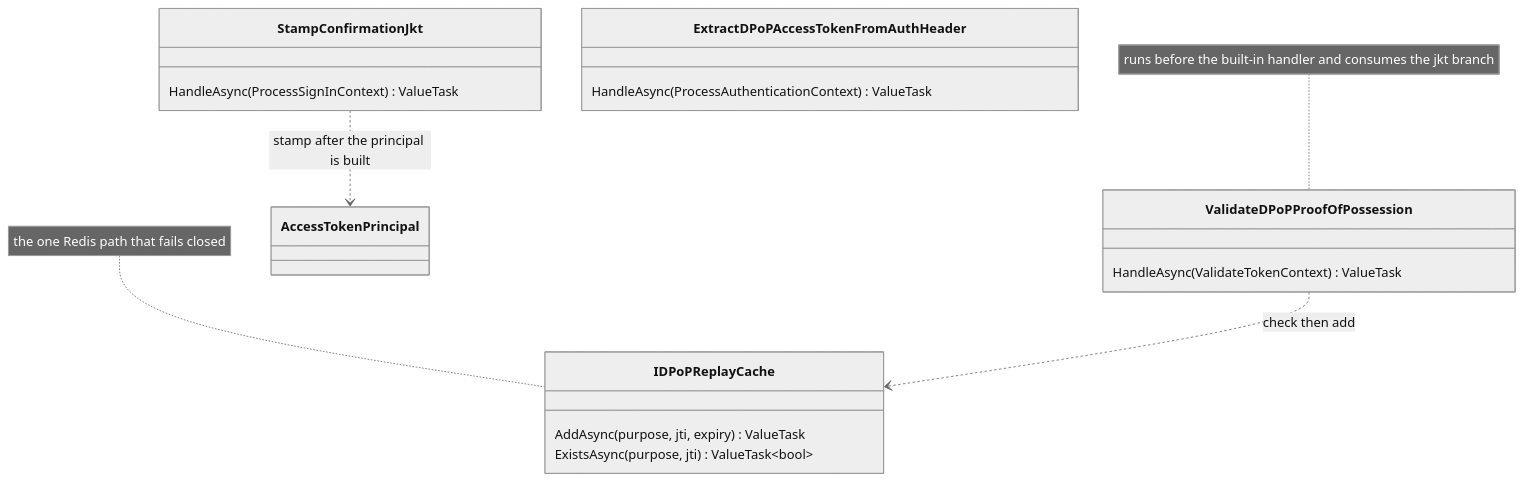
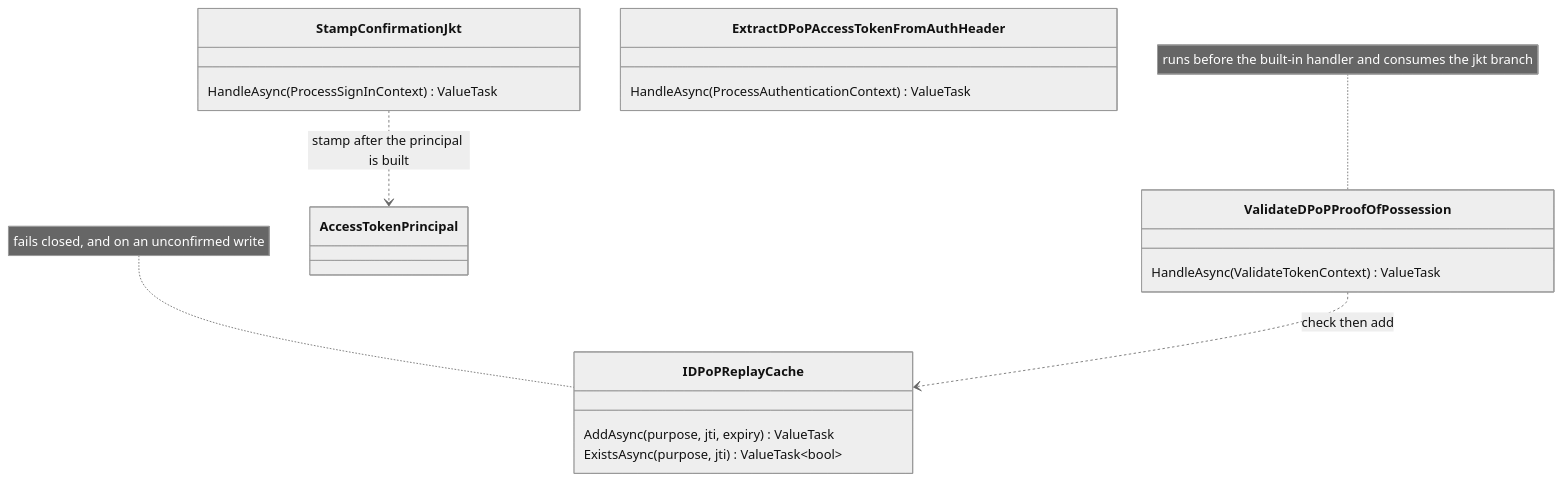
The first of 4 diagrams in docs/design/06-sender-constrained-tokens.md (namphuongtran/nami), drawn with Mermaid (neutral theme) before and after one commit. The commit also changed other lines of this file and 1 other file, not shown here.

````diff
--- a/docs/design/06-sender-constrained-tokens.md
+++ b/docs/design/06-sender-constrained-tokens.md
@@ -49,20 +49,20 @@
 ```mermaid
 classDiagram
   class StampConfirmationJkt {
     HandleAsync(ProcessSignInContext) ValueTask
   }
   class ExtractDPoPAccessTokenFromAuthHeader {
     HandleAsync(ProcessAuthenticationContext) ValueTask
   }
   class ValidateDPoPProofOfPossession {
     HandleAsync(ValidateTokenContext) ValueTask
   }
   class IDPoPReplayCache {
     AddAsync(purpose, jti, expiry) ValueTask
     ExistsAsync(purpose, jti) ValueTask~bool~
   }
   ValidateDPoPProofOfPossession ..> IDPoPReplayCache : check then add
   StampConfirmationJkt ..> AccessTokenPrincipal : stamp after the principal is built
   note for ValidateDPoPProofOfPossession "runs before the built-in handler and consumes the jkt branch"
-  note for IDPoPReplayCache "the one Redis path that fails closed"
+  note for IDPoPReplayCache "fails closed, and on an unconfirmed write"
 ```
````
